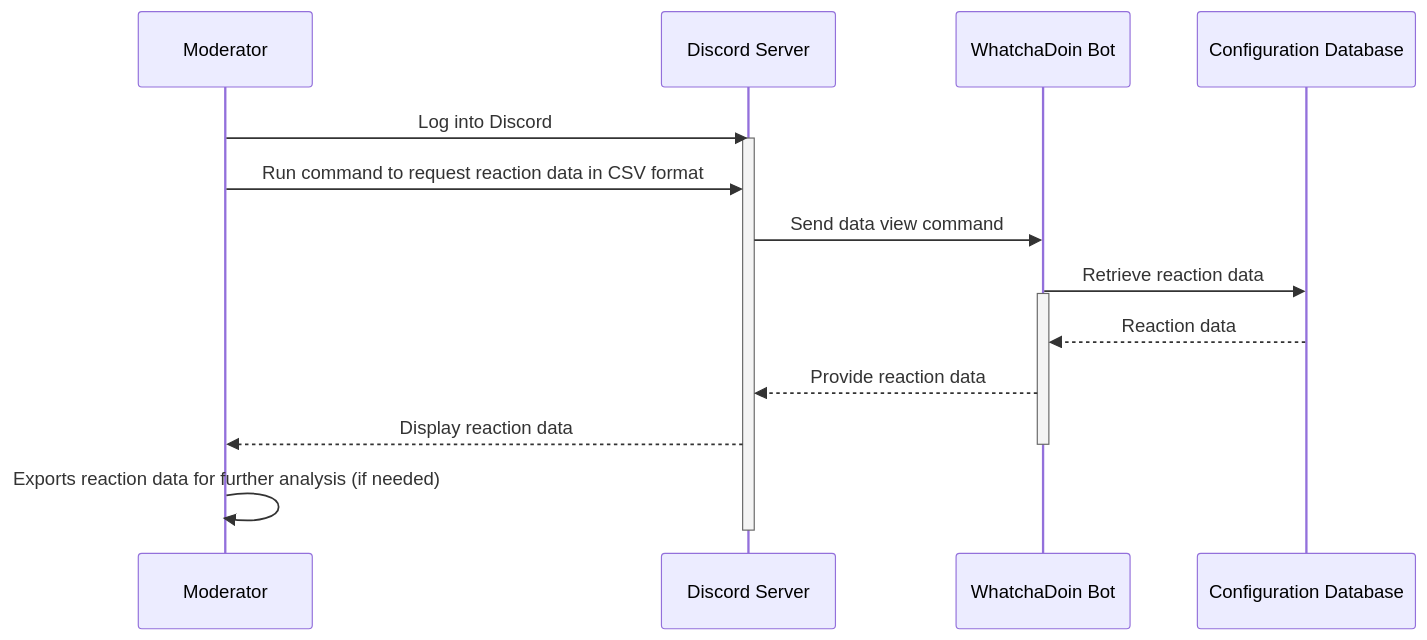
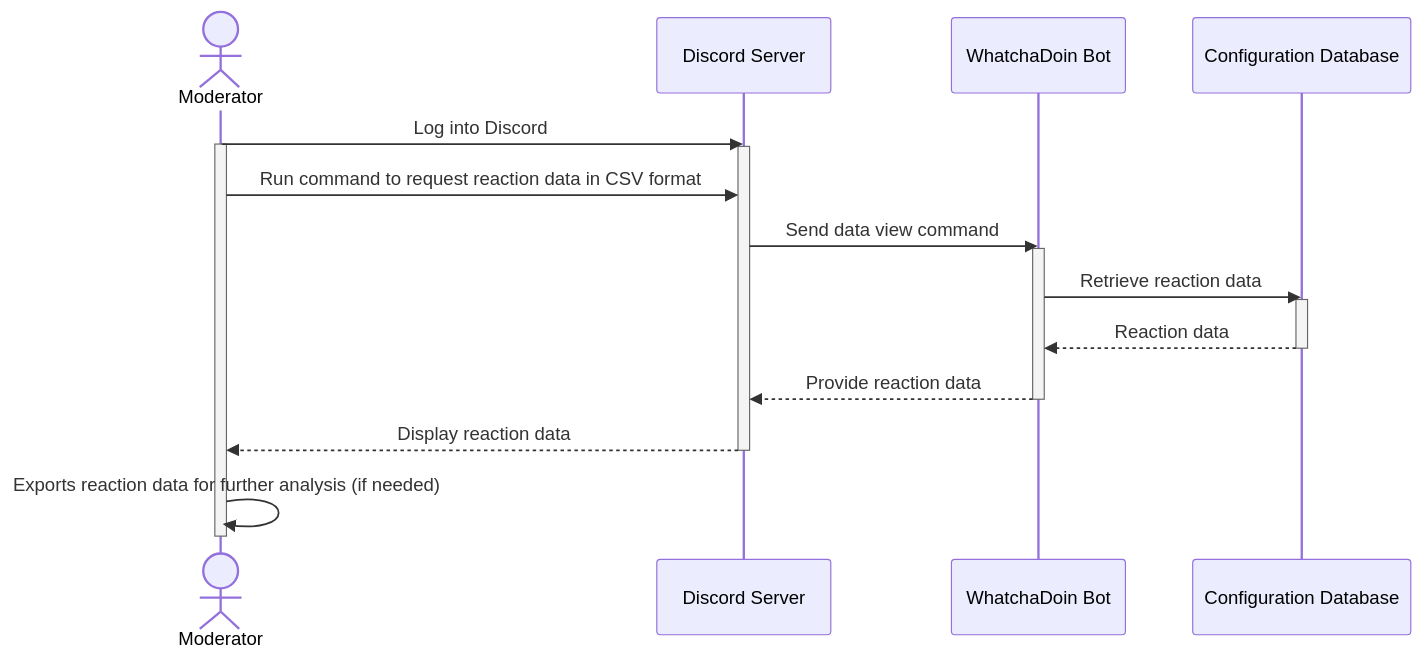
The tenth of 11 diagrams in documentation/docs/system-architecture/design.md (Capstone-Projects-2023-Fall/project-bereal-meets-slack), drawn with Mermaid before and after one commit. The commit also changed other lines of this file, not shown here.

````diff
--- a/documentation/docs/system-architecture/design.md
+++ b/documentation/docs/system-architecture/design.md
@@ -489,22 +489,26 @@
 ```mermaid
 
 sequenceDiagram
-    participant Moderator as Moderator
+    actor Moderator as Moderator
     participant Discord as Discord Server
     participant WhatchaDoinBot as WhatchaDoin Bot
     participant Database as Configuration Database
 
     Moderator ->> Discord: Log into Discord
+    activate Moderator
     activate Discord
     Moderator ->> Discord: Run command to request reaction data in CSV format
     Discord ->> WhatchaDoinBot: Send data view command
+    activate WhatchaDoinBot
     WhatchaDoinBot ->> Database: Retrieve reaction data
-    activate WhatchaDoinBot
+    activate Database
     Database -->> WhatchaDoinBot: Reaction data
+    deactivate Database
     WhatchaDoinBot -->> Discord: Provide reaction data
+    deactivate WhatchaDoinBot
     Discord -->> Moderator: Display reaction data
-    deactivate WhatchaDoinBot
+    deactivate Discord
     Moderator ->> Moderator: Exports reaction data for further analysis (if needed)
-    deactivate Discord
+    deactivate Moderator
 
 ```
````
